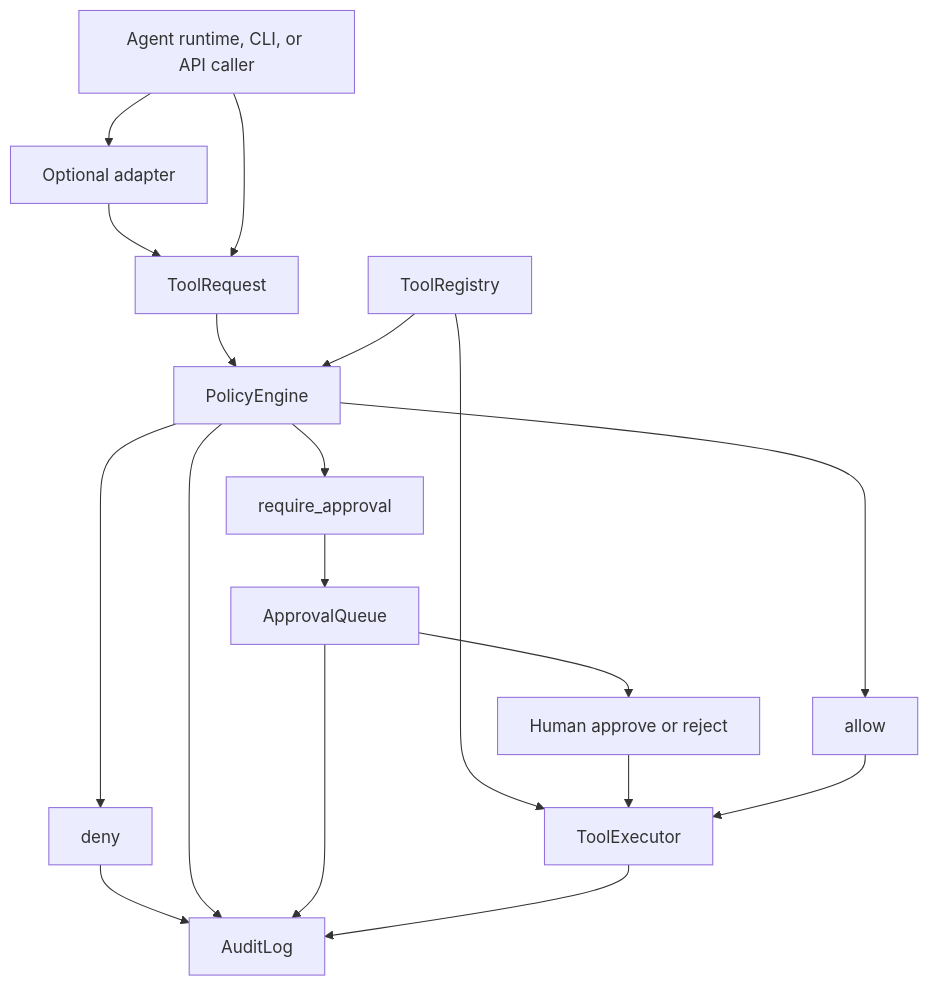
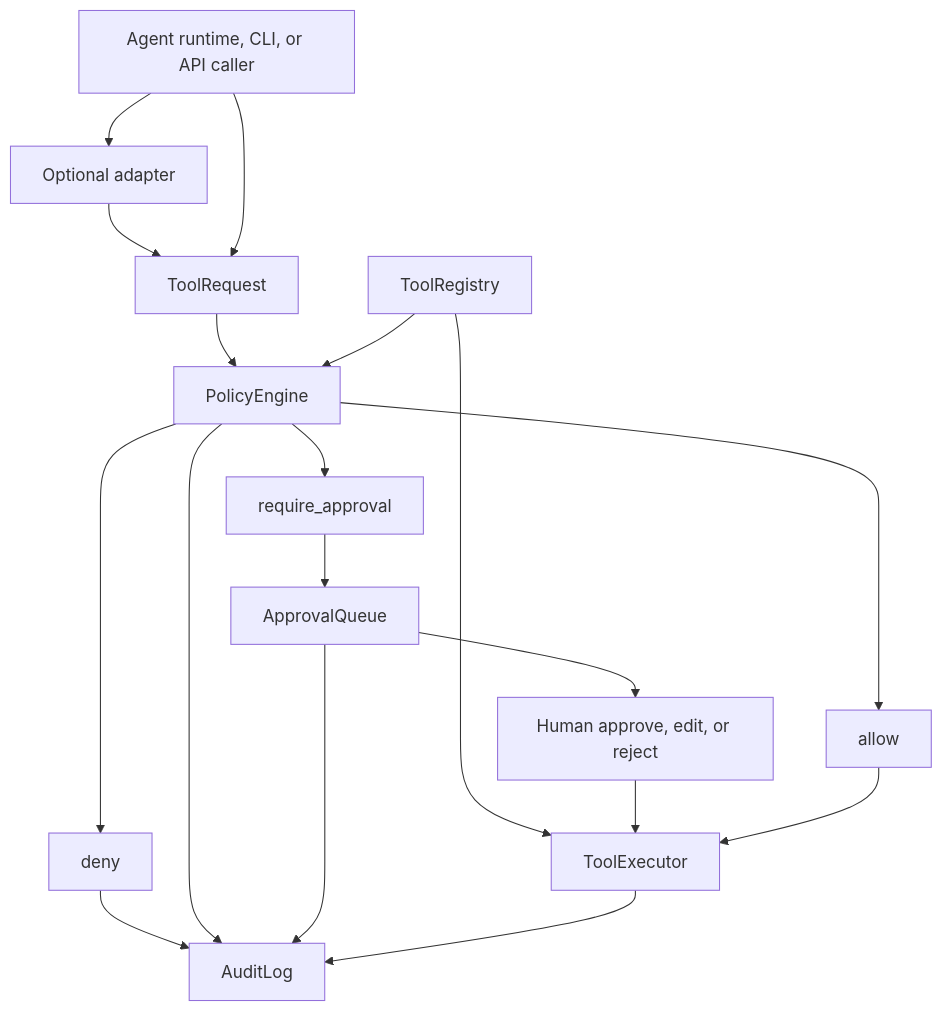
The diagram in docs/ARCHITECTURE_DIAGRAM.md (SkyShineTH/AgentGate), drawn with Mermaid before and after one commit. The commit also changed other lines of this file and 7 other files, not shown here.

Commit message:
feat: add approval request edit flow

````diff
--- a/docs/ARCHITECTURE_DIAGRAM.md
+++ b/docs/ARCHITECTURE_DIAGRAM.md
@@ -8,33 +8,33 @@
 ```mermaid
 flowchart TD
     caller[Agent runtime, CLI, or API caller]
     adapter[Optional adapter]
     request[ToolRequest]
     registry[ToolRegistry]
     policy[PolicyEngine]
     allow[allow]
     deny[deny]
     approval[require_approval]
     queue[ApprovalQueue]
-    human[Human approve or reject]
+    human[Human approve, edit, or reject]
     executor[ToolExecutor]
     audit[AuditLog]
 
     caller --> adapter
     adapter --> request
     caller --> request
     request --> policy
     registry --> policy
     registry --> executor
     policy --> allow
     policy --> deny
     policy --> approval
     approval --> queue
     queue --> human
     human --> executor
     allow --> executor
     deny --> audit
     policy --> audit
     queue --> audit
     executor --> audit
 ```
````
